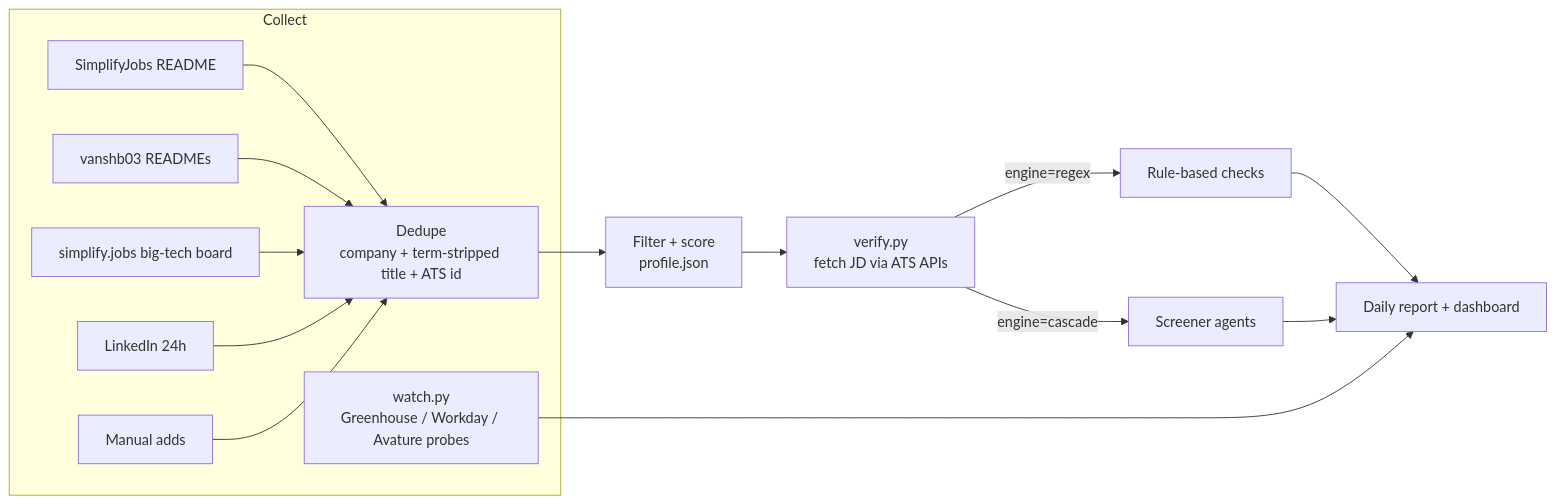
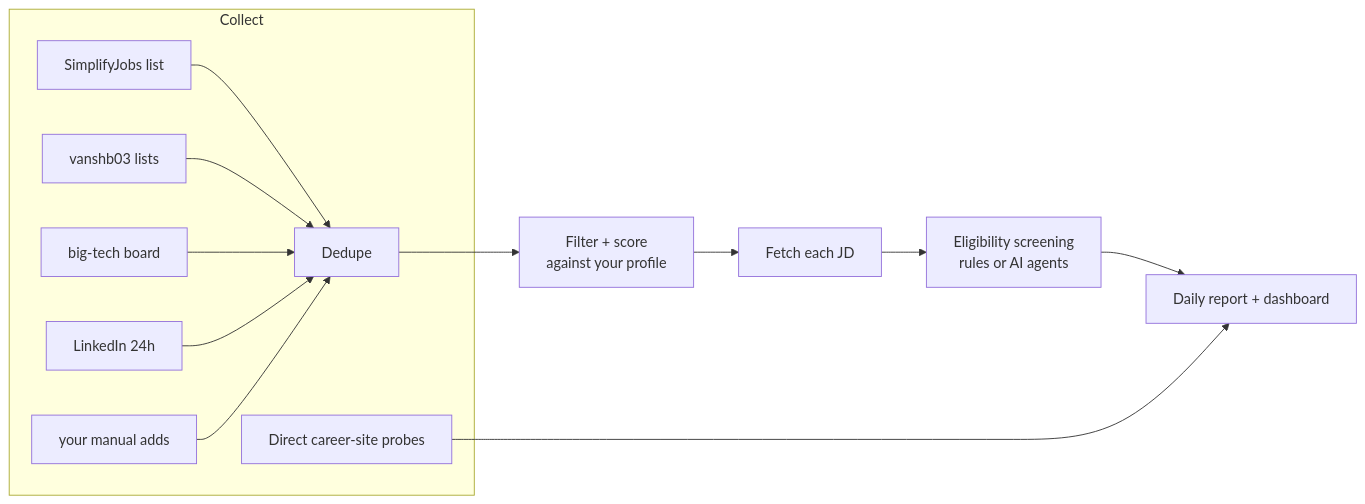
The first of 2 diagrams in README.md (indoortigeryue/internship-agent), drawn with Mermaid before and after one commit. The commit also changed other lines of this file and 1 other file, not shown here.

````diff
--- a/README.md
+++ b/README.md
@@ -12,13 +10,12 @@
 ```mermaid
 flowchart LR
     subgraph Collect
-      A1[SimplifyJobs README] & A2[vanshb03 READMEs] & A3[simplify.jobs big-tech board] & A4[LinkedIn 24h] & A5[Manual adds] --> D[Dedupe<br/>company + term-stripped title + ATS id]
-      W[watch.py<br/>Greenhouse / Workday / Avature probes]
+      A1[SimplifyJobs list] & A2[vanshb03 lists] & A3[big-tech board] & A4[LinkedIn 24h] & A5[your manual adds] --> D[Dedupe]
+      W[Direct career-site probes]
     end
-    D --> F[Filter + score<br/>profile.json]
-    F --> V[verify.py<br/>fetch JD via ATS APIs]
-    V -->|engine=regex| R[Rule-based checks]
-    V -->|engine=cascade| S[Screener agents]
-    R & S --> O[Daily report + dashboard]
+    D --> F[Filter + score<br/>against your profile]
+    F --> V[Fetch each JD]
+    V --> S[Eligibility screening<br/>rules or AI agents]
+    S --> O[Daily report + dashboard]
     W --> O
 ```
````
